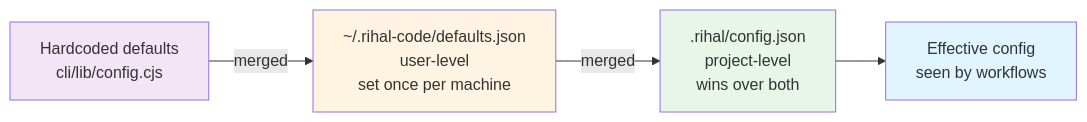
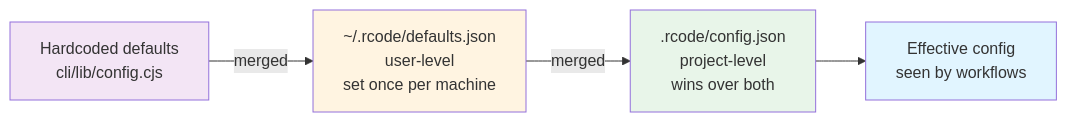
The third of 5 diagrams in docs/METHODOLOGY.md (hanzlahabib/rcode), drawn with Mermaid before and after one commit. The commit also changed other lines of this file and 2173 other files, not shown here.

First line of the commit message:
refactor!: rename rihal → rcode across entire codebase — v4.0 prep

````diff
--- a/docs/METHODOLOGY.md
+++ b/docs/METHODOLOGY.md
@@ -227,11 +227,11 @@
 ```mermaid
 graph LR
-    A[Hardcoded defaults<br/>cli/lib/config.cjs] -->|merged| B[~/.rihal-code/defaults.json<br/>user-level<br/>set once per machine]
-    B -->|merged| C[.rihal/config.json<br/>project-level<br/>wins over both]
+    A[Hardcoded defaults<br/>cli/lib/config.cjs] -->|merged| B[~/.rcode/defaults.json<br/>user-level<br/>set once per machine]
+    B -->|merged| C[.rcode/config.json<br/>project-level<br/>wins over both]
     C --> D[Effective config<br/>seen by workflows]
 
     style A fill:#f3e5f5
     style B fill:#fff4e1
     style C fill:#e8f5e9
     style D fill:#e1f5ff
 ```
````
